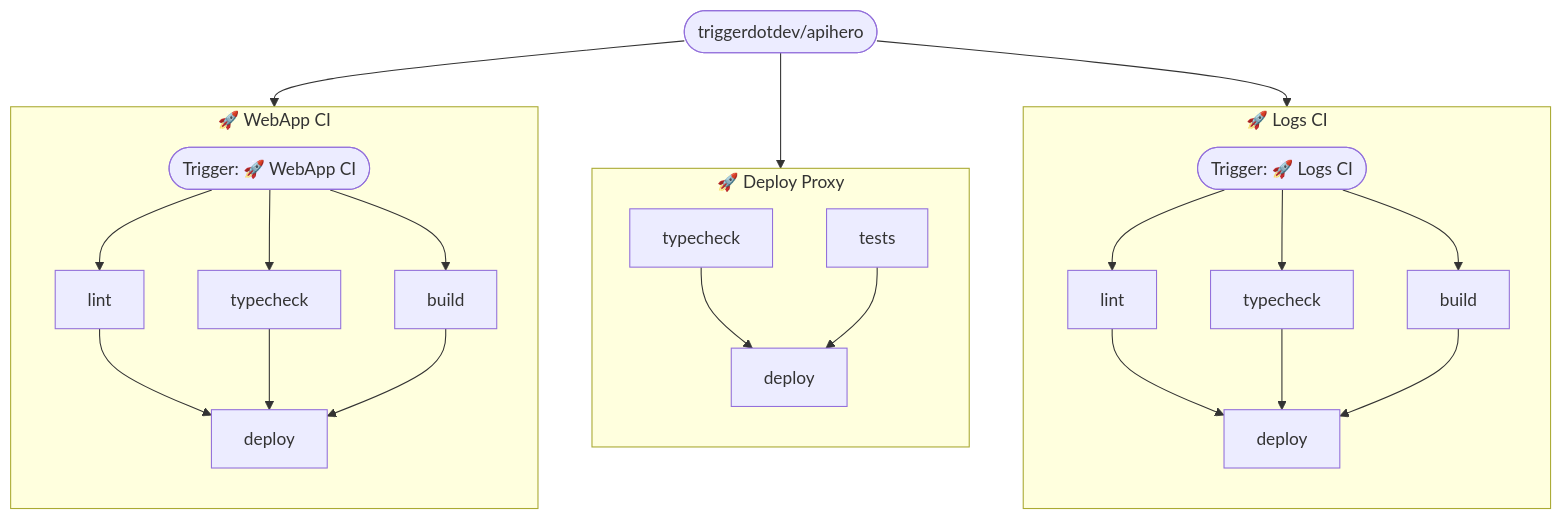
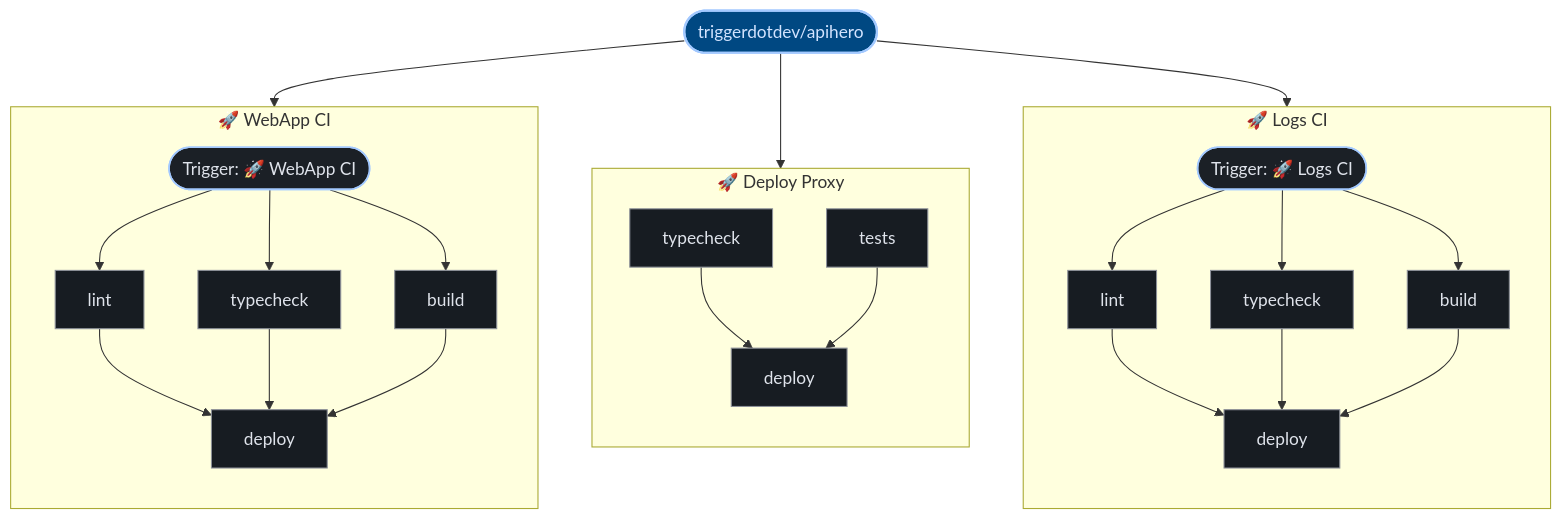
The third of 3 diagrams in exports/latest/reports/triggerdotdev-apihero-report.md (kumarshaz/atruss-code-atlas), drawn with Mermaid before and after one commit. The commit also changed other lines of this file and 331 other files, not shown here.

Commit message:
docs,ui,fix: update SDLC docs, reorder CI/CD DAG first, stylize Mermaid, and fix Arc42 pipeline topology

````diff
--- a/exports/latest/reports/triggerdotdev-apihero-report.md
+++ b/exports/latest/reports/triggerdotdev-apihero-report.md
@@ -304,43 +315,50 @@
 ```mermaid
 graph TD;
-  pipeline_root(["triggerdotdev/apihero"])
+  classDef atlasRoot fill:#004882,stroke:#a3c9ff,stroke-width:2px,color:#d3e4ff
+  classDef atlasCategory fill:#212428,stroke:#E87A48,stroke-width:1.5px,color:#dfe3eb
+  classDef atlasWorkflow fill:#1b2026,stroke:#a3c9ff,stroke-width:1.5px,color:#dfe3eb
+  classDef atlasJob fill:#171c22,stroke:#8d9199,stroke-width:1px,color:#dfe3eb
+  classDef atlasTarget fill:#005227,stroke:#8bd99b,stroke-width:1.5px,color:#a7f6b6
+  classDef atlasAlert fill:#93000a,stroke:#ffb4ab,stroke-width:1.5px,color:#ffdad6
+  classDef atlasMore fill:#252a31,stroke:#8d9199,stroke-dasharray:4 4,color:#c3c6cf
+  pipeline_root(["triggerdotdev/apihero"]):::atlasRoot
   subgraph __Logs_CI_0["🚀 Logs CI"]
     direction TB
-    0_lint["lint"]
-    0_typecheck["typecheck"]
-    0_build["build"]
-    0_deploy["deploy"]
+    0_lint["lint"]:::atlasJob
+    0_typecheck["typecheck"]:::atlasJob
+    0_build["build"]:::atlasJob
+    0_deploy["deploy"]:::atlasJob
     0_lint --> 0_deploy
     0_typecheck --> 0_deploy
     0_build --> 0_deploy
-    wf_entry_0(["Trigger: 🚀 Logs CI"])
+    wf_entry_0(["Trigger: 🚀 Logs CI"]):::atlasWorkflow
     wf_entry_0 --> 0_lint
     wf_entry_0 --> 0_typecheck
     wf_entry_0 --> 0_build
   end
   pipeline_root --> wf_entry_0
   subgraph __Deploy_Proxy_1["🚀 Deploy Proxy"]
     direction TB
-    1_typecheck["typecheck"]
-    1_tests["tests"]
-    1_deploy["deploy"]
+    1_typecheck["typecheck"]:::atlasJob
+    1_tests["tests"]:::atlasJob
+    1_deploy["deploy"]:::atlasJob
     1_typecheck --> 1_deploy
     1_tests --> 1_deploy
   end
   pipeline_root --> 1_typecheck
   subgraph __WebApp_CI_2["🚀 WebApp CI"]
     direction TB
-    2_lint["lint"]
-    2_typecheck["typecheck"]
-    2_build["build"]
-    2_deploy["deploy"]
+    2_lint["lint"]:::atlasJob
+    2_typecheck["typecheck"]:::atlasJob
+    2_build["build"]:::atlasJob
+    2_deploy["deploy"]:::atlasJob
     2_lint --> 2_deploy
     2_typecheck --> 2_deploy
     2_build --> 2_deploy
-    wf_entry_2(["Trigger: 🚀 WebApp CI"])
+    wf_entry_2(["Trigger: 🚀 WebApp CI"]):::atlasWorkflow
     wf_entry_2 --> 2_lint
     wf_entry_2 --> 2_typecheck
     wf_entry_2 --> 2_build
   end
   pipeline_root --> wf_entry_2
 ```
````
